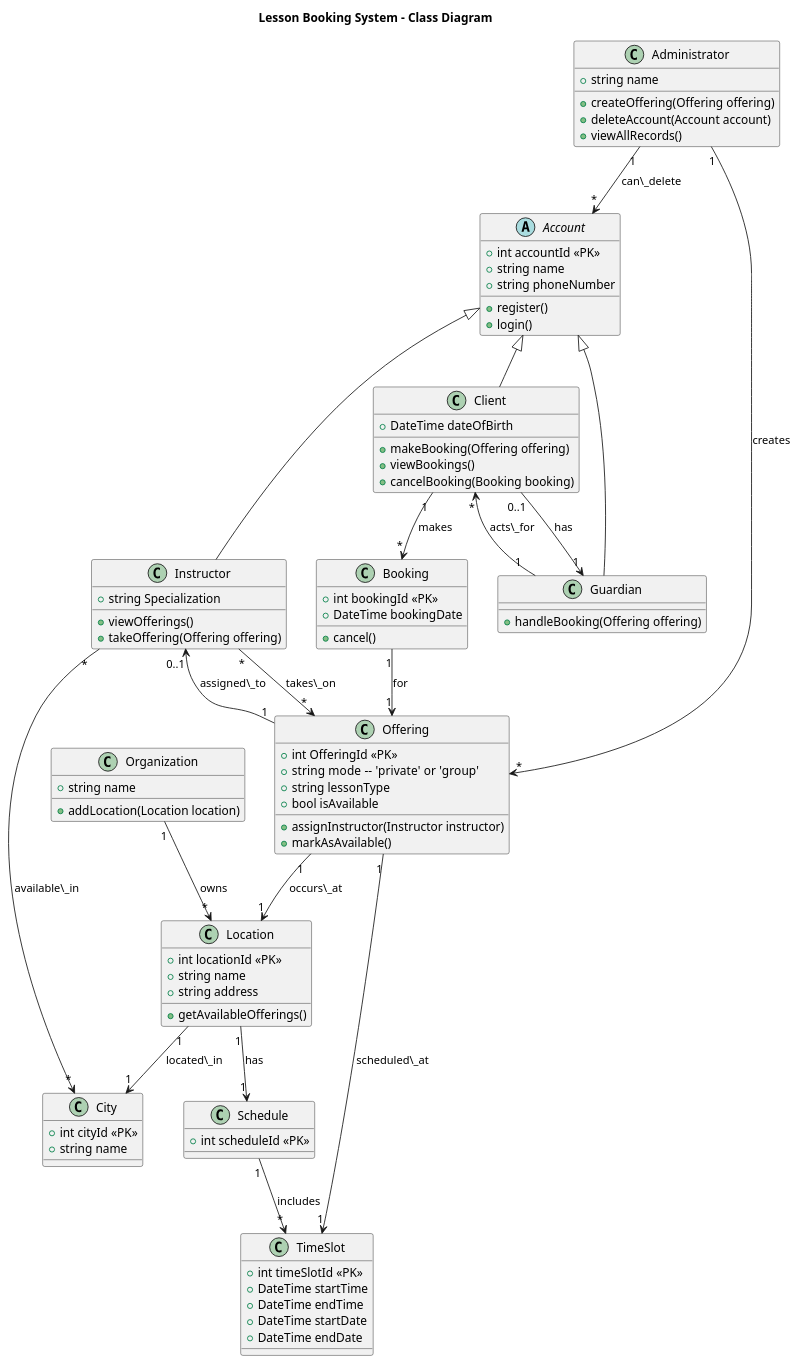
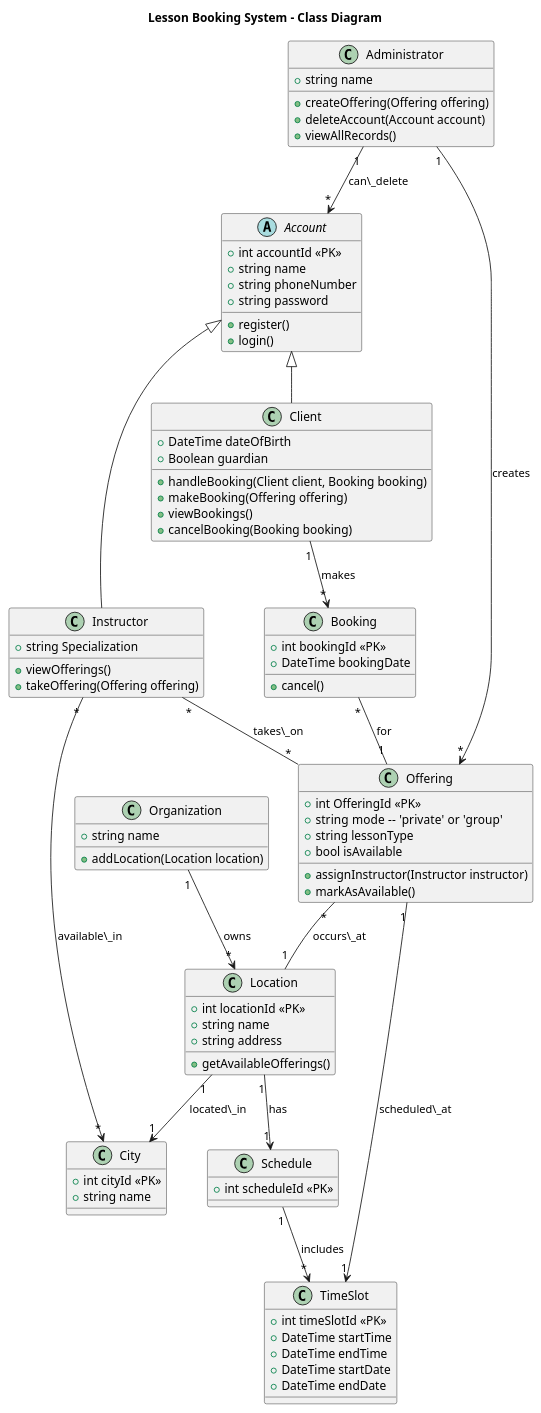
Before and after one commit to FrancoDominguez/SOEN342-project: the diagram in documentation/ClassDiagram.puml, drawn with PlantUML. The commit also changed 39 other files, not shown here.

```diff
--- a/documentation/ClassDiagram.puml
+++ b/documentation/ClassDiagram.puml
@@ -1,116 +1,108 @@
 @startuml ClassDiagram
 
 title Lesson Booking System - Class Diagram
 
 class Organization {
   + string name
   + addLocation(Location location)
 }
 
 class City {
   + int cityId <<PK>>
   + string name
 }
 
 class Location {
   + int locationId <<PK>>
   + string name
   + string address
   + getAvailableOfferings()
 }
 
 class Schedule {
   + int scheduleId <<PK>>
 }
 
 class TimeSlot {
   + int timeSlotId <<PK>>
   + DateTime startTime
   + DateTime endTime
   + DateTime startDate
   + DateTime endDate
 }
 
 abstract class Account {
   + int accountId <<PK>>
   + string name
   + string phoneNumber
+  + string password
   + register()
   + login()
 }
 
 class Instructor {
   + string Specialization
   + viewOfferings()
   + takeOffering(Offering offering)
 }
 
 class Offering {
   + int OfferingId <<PK>>
   + string mode  -- 'private' or 'group'
   + string lessonType
   + bool isAvailable
   + assignInstructor(Instructor instructor)
   + markAsAvailable()
 }
 
 class Client {
   + DateTime dateOfBirth
+  + Boolean guardian
+  + handleBooking(Client client, Booking booking)
   + makeBooking(Offering offering)
   + viewBookings()
   + cancelBooking(Booking booking)
-}
-
-class Guardian {
-  + handleBooking(Offering offering)
 }
 
 class Administrator {
   + string name
   + createOffering(Offering offering)
   + deleteAccount(Account account)
   + viewAllRecords()
 }
 
 
 class Booking {
   + int bookingId <<PK>>
   + DateTime bookingDate
   + cancel()
 }
 
 Account <|-- Instructor
 Account <|-- Client
-Account <|-- Guardian
 
 Organization "1" --> "*" Location : owns
 
 Location "1" --> "1" Schedule : has
 
 Schedule "1" --> "*" TimeSlot : includes
 
 Location "1" --> "1" City : located\_in
 
 Instructor "*" --> "*" City : available\_in
 
-Instructor "*" --> "*" Offering : takes\_on
+Instructor "*" -- "*" Offering : takes\_on
 
-Offering "1" --> "0..1" Instructor : assigned\_to
-
-Offering "1" --> "1" Location : occurs\_at
+Offering "*" -- "1" Location : occurs\_at
 
 Offering "1" --> "1" TimeSlot : scheduled\_at
 
 Client "1" --> "*" Booking : makes
 
-Booking "1" --> "1" Offering : for
-
-Client "0..1" --> "1" Guardian : has
-
-Guardian "1" --> "*" Client : acts\_for
+Booking "*" -- "1" Offering : for
 
 Administrator "1" --> "*" Offering : creates
 
 Administrator "1" --> "*" Account : can\_delete
 
 @enduml
```
